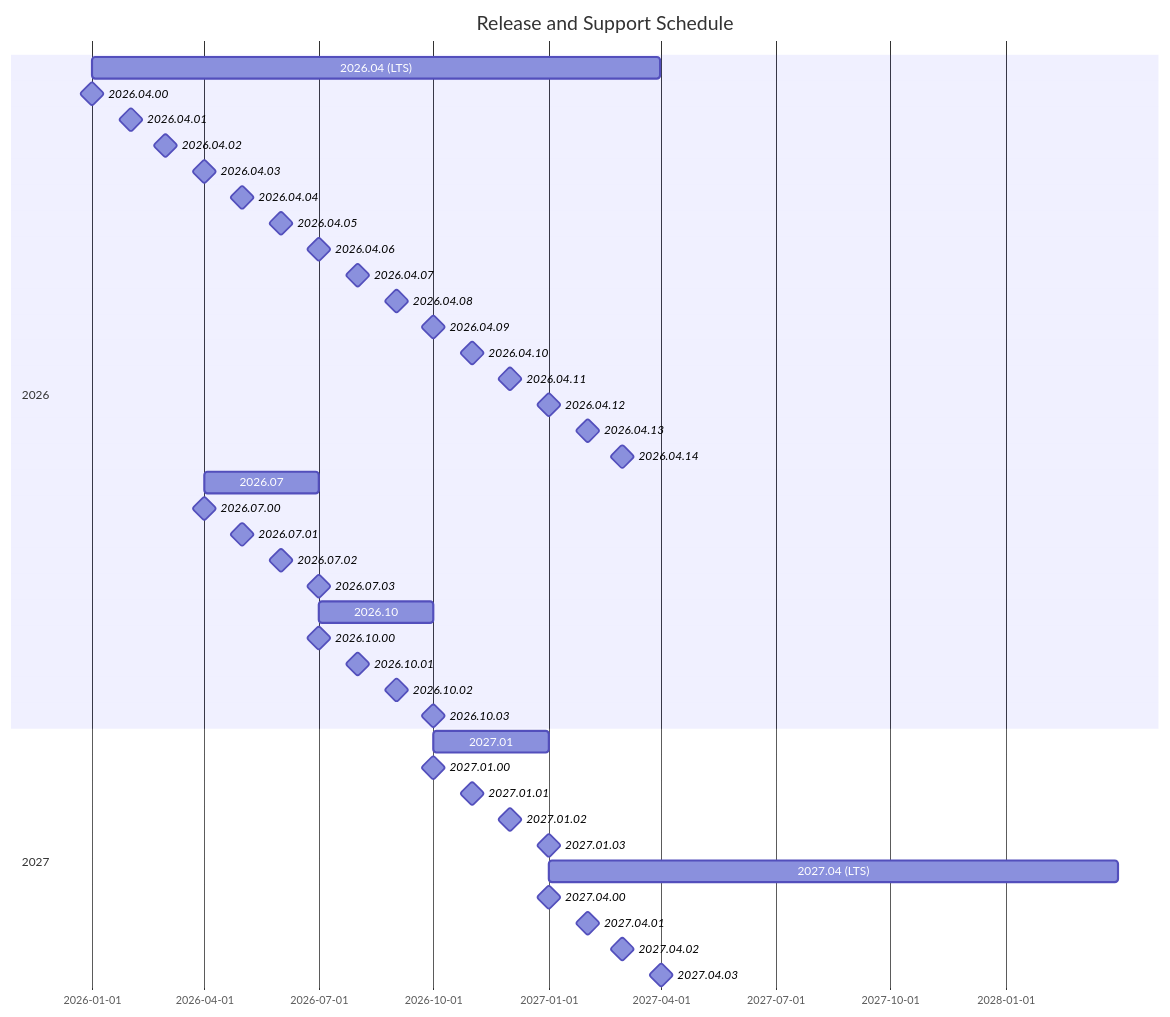
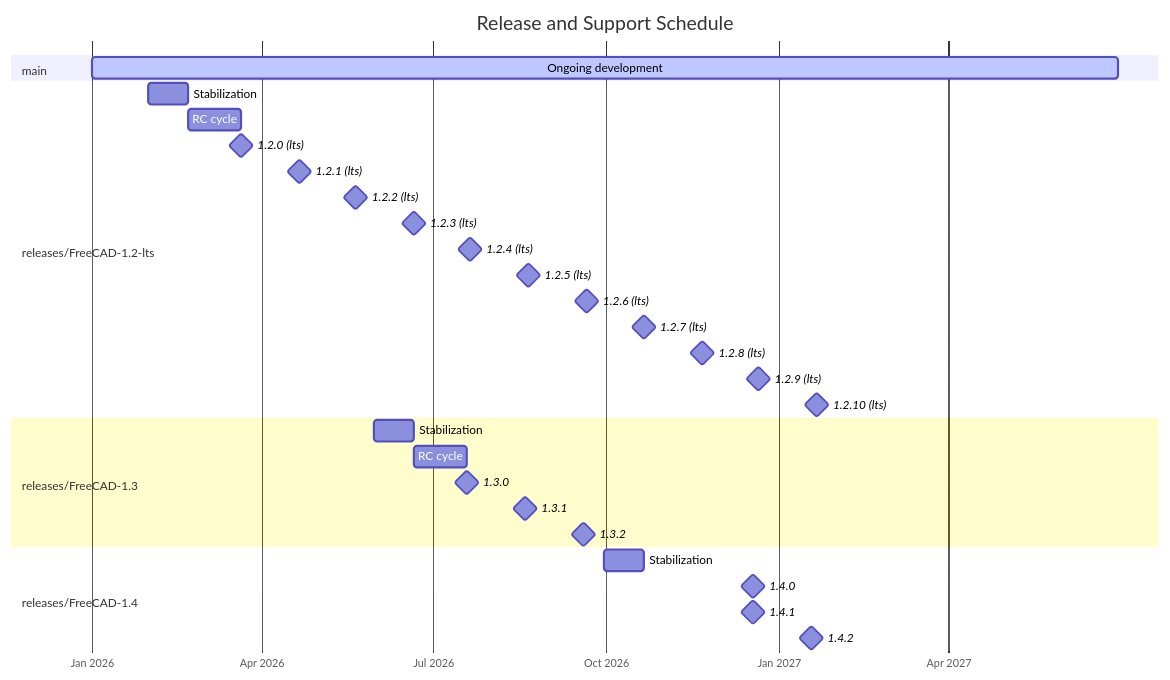
One commit to FreeCAD/FreeCAD-Enhancement-Proposals changed the diagram in FEPs/FEP-0003-release-schedule/README.md. Above: the diagram before and after it, drawn with Mermaid. The commit also changed other lines of this file, not shown here.

Commit message:
FEP-0003: Update with 3 manual releases per year on a fixed branching scheme

````diff
--- a/FEPs/FEP-0003-release-schedule/README.md
+++ b/FEPs/FEP-0003-release-schedule/README.md
@@ -38,47 +107,37 @@
 ```mermaid
 gantt
-    title Release and Support Schedule
-    dateFormat YYYY-MM-DD
-    section 2026
-        2026.04 (LTS) :2026-01-01, 2026-01-01,2027-03-31
-        2026.04.00 :milestone, 2026-01-01, 2026-01-01
-        2026.04.01 :milestone, 2026-02-01, 2026-02-01
-        2026.04.02 :milestone, 2026-03-01, 2026-03-01
-        2026.04.03 :milestone, 2026-04-01, 2026-04-01
-        2026.04.04 :milestone, 2026-05-01, 2026-05-01
-        2026.04.05 :milestone, 2026-06-01, 2026-06-01
-        2026.04.06 :milestone, 2026-07-01, 2026-07-01
-        2026.04.07 :milestone, 2026-08-01, 2026-08-01
-        2026.04.08 :milestone, 2026-09-01, 2026-09-01
-        2026.04.09 :milestone, 2026-10-01, 2026-10-01
-        2026.04.10 :milestone, 2026-11-01, 2026-11-01
-        2026.04.11 :milestone, 2026-12-01, 2026-12-01
-        2026.04.12 :milestone, 2027-01-01, 2027-01-01
-        2026.04.13 :milestone, 2027-02-01, 2027-02-01
-        2026.04.14 :milestone, 2027-03-01, 2027-03-01
+  title Release and Support Schedule
+  dateFormat YYYY-MM-DD
+  axisFormat %b %Y
 
-        2026.07 :2026-07-01, 2026-04-01,2026-07-01
-        2026.07.00 :milestone, 2026-04-01, 2026-04-01
-        2026.07.01 :milestone, 2026-05-01, 2026-05-01
-        2026.07.02 :milestone, 2026-06-01, 2026-06-01
-        2026.07.03 :milestone, 2026-07-01, 2026-07-01
+  section main
+  Ongoing development :active, 2026-01-01, 2027-06-30
 
-        2026.10 :2026-10-01, 2026-07-01,2026-10-01
-        2026.10.00 :milestone, 2026-07-01, 2026-07-01
-        2026.10.01 :milestone, 2026-08-01, 2026-08-01
-        2026.10.02 :milestone, 2026-09-01, 2026-09-01
-        2026.10.03 :milestone, 2026-10-01, 2026-10-01
+  section releases/FreeCAD-1.2-lts
+  Stabilization          :2026-01-31, 2026-02-21
+  RC cycle               :2026-02-21, 2026-03-21
+  1.2.0 (lts)            :milestone, 2026-03-21, 0d
+  1.2.1 (lts)            :milestone, 2026-04-21, 0d
+  1.2.2 (lts)            :milestone, 2026-05-21, 0d
+  1.2.3 (lts)            :milestone, 2026-06-21, 0d
+  1.2.4 (lts)            :milestone, 2026-07-21, 0d
+  1.2.5 (lts)            :milestone, 2026-08-21, 0d
+  1.2.6 (lts)            :milestone, 2026-09-21, 0d
+  1.2.7 (lts)            :milestone, 2026-10-21, 0d
+  1.2.8 (lts)            :milestone, 2026-11-21, 0d
+  1.2.9 (lts)            :milestone, 2026-12-21, 0d
+  1.2.10 (lts)           :milestone, 2027-01-21, 0d
 
-    section 2027
-        2027.01 :2027-01-01, 2026-10-01,2027-01-01
-        2027.01.00 :milestone, 2026-10-01, 2026-10-01
-        2027.01.01 :milestone, 2026-11-01, 2026-11-01
-        2027.01.02 :milestone, 2026-12-01, 2026-12-01
-        2027.01.03 :milestone, 2027-01-01, 2027-01-01
+  section releases/FreeCAD-1.3
+  Stabilization          :2026-05-31, 2026-06-21
+  RC cycle               :2026-06-21, 2026-07-19
+  1.3.0                  :milestone, 2026-07-19, 0d
+  1.3.1                  :milestone, 2026-08-19, 0d
+  1.3.2                  :milestone, 2026-09-19, 0d
 
-        2027.04 (LTS) :2027-01-01, 2027-01-01,2028-03-31
-        2027.04.00 :milestone, 2027-01-01, 2027-01-01
-        2027.04.01 :milestone, 2027-02-01, 2027-02-01
-        2027.04.02 :milestone, 2027-03-01, 2027-03-01
-        2027.04.03 :milestone, 2027-04-01, 2027-04-01
+  section releases/FreeCAD-1.4
+  Stabilization          :2026-09-30, 2026-10-21
+  1.4.0                  :milestone, 2026-12-18, 0d
+  1.4.1                  :milestone, 2026-12-18, 0d
+  1.4.2                  :milestone, 2027-01-18, 0d
 ```
````
